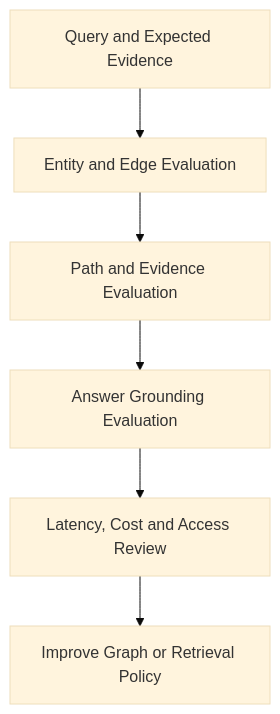
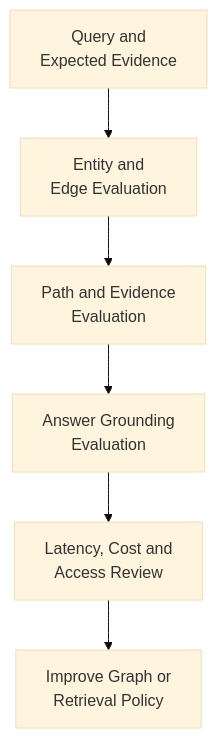
The seventh of 8 diagrams in docs/architecture-insights/genai-and-rag/4.1_architecting_graph_rag_relationship_aware_enterprise_knowledge.md (MihirKJha/enterprise-ai-blog), drawn with Mermaid (base theme) before and after one commit. The commit also changed other lines of this file, not shown here.

````diff
--- a/docs/architecture-insights/genai-and-rag/4.1_architecting_graph_rag_relationship_aware_enterprise_knowledge.md
+++ b/docs/architecture-insights/genai-and-rag/4.1_architecting_graph_rag_relationship_aware_enterprise_knowledge.md
@@ -331,8 +331,8 @@
 ```mermaid
 graph TD
-    A[Query and Expected Evidence] --> B[Entity and Edge Evaluation]
-    B --> C[Path and Evidence Evaluation]
-    C --> D[Answer Grounding Evaluation]
-    D --> E[Latency, Cost and Access Review]
-    E --> F[Improve Graph or Retrieval Policy]
+    A[Query and<br/>Expected Evidence] --> B[Entity and<br/>Edge Evaluation]
+    B --> C[Path and Evidence<br/>Evaluation]
+    C --> D[Answer Grounding<br/>Evaluation]
+    D --> E[Latency, Cost and<br/>Access Review]
+    E --> F[Improve Graph or<br/>Retrieval Policy]
 ```
````
